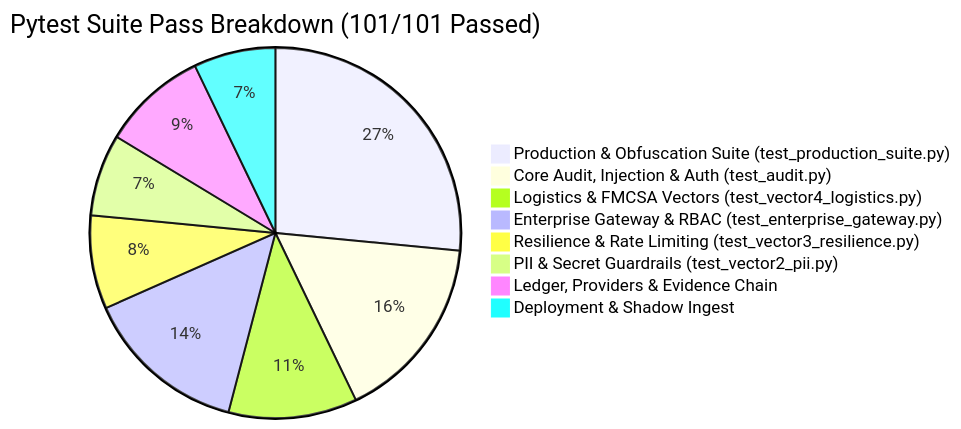
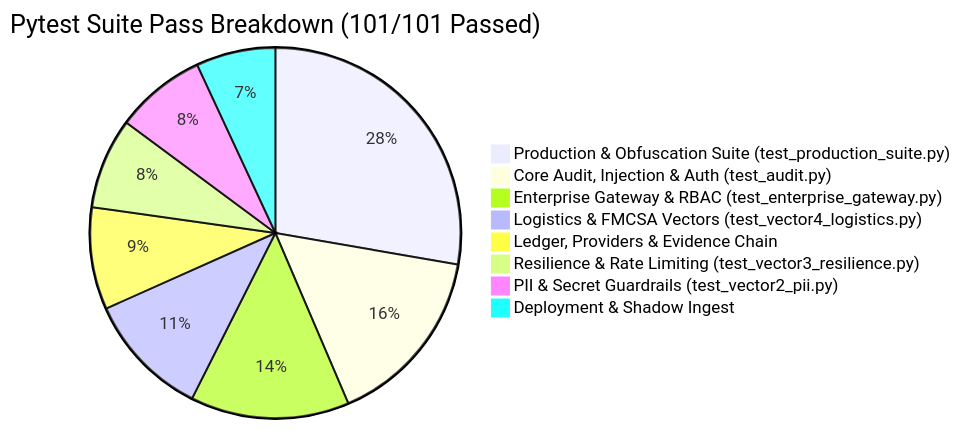
Before and after one commit to stickneycorey1-source/Lucid-Truth-Audit-: the third of 3 diagrams in README.md, drawn with Mermaid. The commit also changed other lines of this file, not shown here.

````diff
--- a/README.md
+++ b/README.md
@@ -188,11 +188,11 @@
 ```mermaid
 pie title Pytest Suite Pass Breakdown (101/101 Passed)
-    "Production & Obfuscation Suite (test_production_suite.py)" : 26
+    "Production & Obfuscation Suite (test_production_suite.py)" : 28
     "Core Audit, Injection & Auth (test_audit.py)" : 16
+    "Enterprise Gateway & RBAC (test_enterprise_gateway.py)" : 14
     "Logistics & FMCSA Vectors (test_vector4_logistics.py)" : 11
-    "Enterprise Gateway & RBAC (test_enterprise_gateway.py)" : 14
+    "Ledger, Providers & Evidence Chain" : 9
     "Resilience & Rate Limiting (test_vector3_resilience.py)" : 8
-    "PII & Secret Guardrails (test_vector2_pii.py)" : 7
-    "Ledger, Providers & Evidence Chain" : 9
+    "PII & Secret Guardrails (test_vector2_pii.py)" : 8
     "Deployment & Shadow Ingest" : 7
 ```
````
